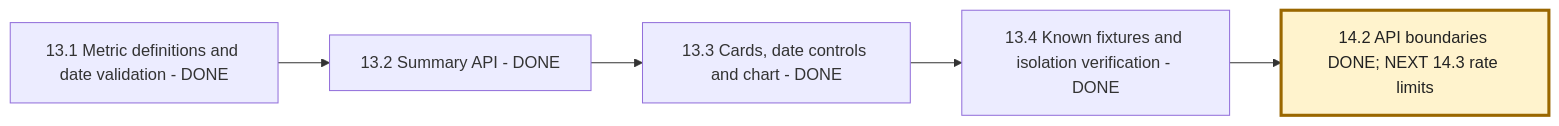
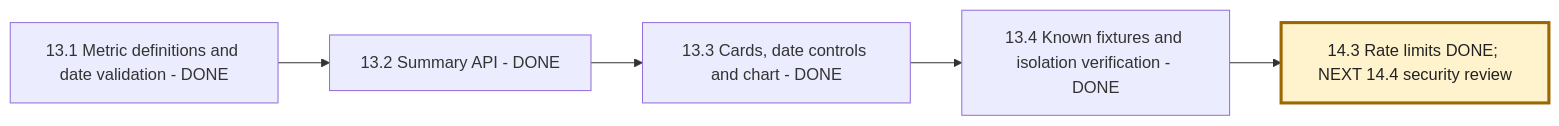
Before and after one commit to msdian0007/nexaAi: the fifth of 6 diagrams in NEXAAI_ROADMAP.md, drawn with Mermaid. The commit also changed other lines of this file and 16 other files, not shown here.

Commit message:
rate limits and usage budgets

````diff
--- a/NEXAAI_ROADMAP.md
+++ b/NEXAAI_ROADMAP.md
@@ -345,8 +347,8 @@
 ```mermaid
 flowchart LR
     A[13.1 Metric definitions and date validation - DONE] --> B[13.2 Summary API - DONE]
     B --> C[13.3 Cards, date controls and chart - DONE]
     C --> D[13.4 Known fixtures and isolation verification - DONE]
-    D --> E[14.2 API boundaries DONE; NEXT 14.3 rate limits]
+    D --> E[14.3 Rate limits DONE; NEXT 14.4 security review]
     style E fill:#fff3cd,stroke:#9a6700,stroke-width:3px,color:#222
 ```
````
